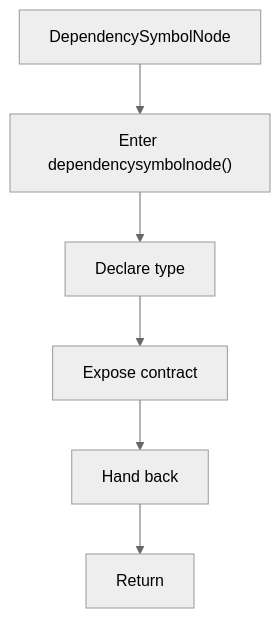
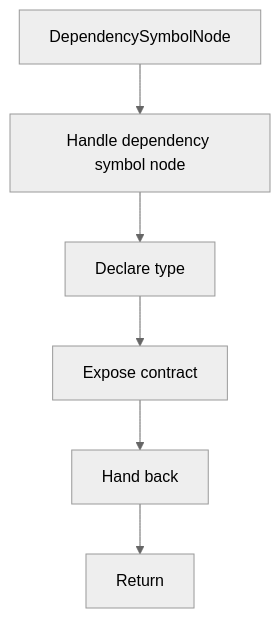
Before and after one commit to JohnAndrewBalbarosa/NeoTerritory: the third of 5 diagrams in docs/Codebase/Microservice/Modules/Header/SyntacticBrokenAST/Trees/Shared/dependency_utils.hpp.md, drawn with Mermaid (neutral theme). The commit also changed other lines of this file and 925 other files, not shown here.

````diff
--- a/docs/Codebase/Microservice/Modules/Header/SyntacticBrokenAST/Trees/Shared/dependency_utils.hpp.md
+++ b/docs/Codebase/Microservice/Modules/Header/SyntacticBrokenAST/Trees/Shared/dependency_utils.hpp.md
@@ -98,14 +97,14 @@
 ```mermaid
 flowchart TD
     Start["DependencySymbolNode"]
-    N0["Enter dependencysymbolnode()"]
+    N0["Handle dependency symbol node"]
     N1["Declare type"]
     N2["Expose contract"]
     N3["Hand back"]
     End["Return"]
     Start --> N0
     N0 --> N1
     N1 --> N2
     N2 --> N3
     N3 --> End
 ```
````
